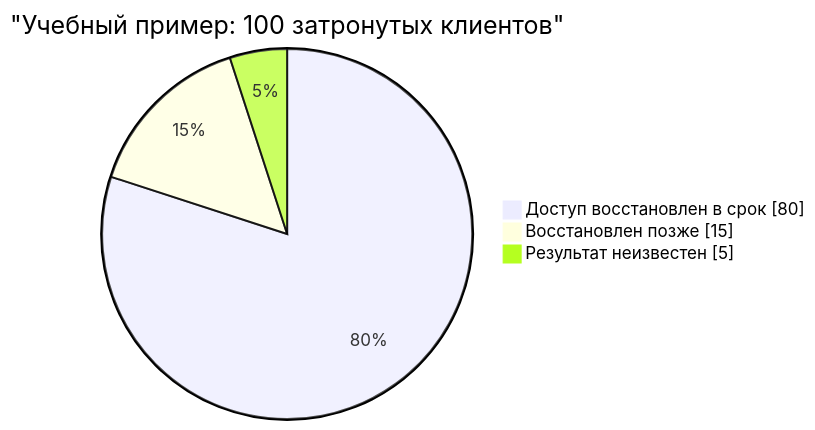
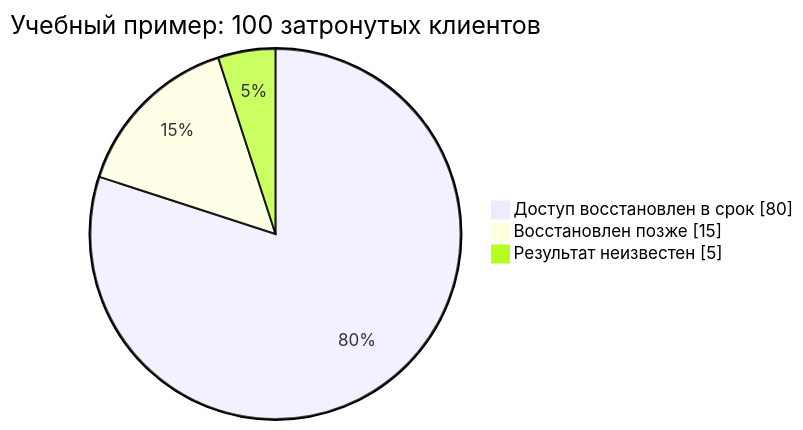
Before and after one commit to Hexlet/smm-bible: the second of 2 diagrams in docs/community/reputation.md, drawn with Mermaid. The commit also changed 8 other files, not shown here.

First line of the commit message:
Polish Mermaid diagrams and charts

````diff
--- a/docs/community/reputation.md
+++ b/docs/community/reputation.md
@@ -65,7 +65,7 @@
 ```mermaid
 pie showData
-    title "Учебный пример: 100 затронутых клиентов"
+    title Учебный пример: 100 затронутых клиентов
     "Доступ восстановлен в срок" : 80
     "Восстановлен позже" : 15
     "Результат неизвестен" : 5
 ```
````
